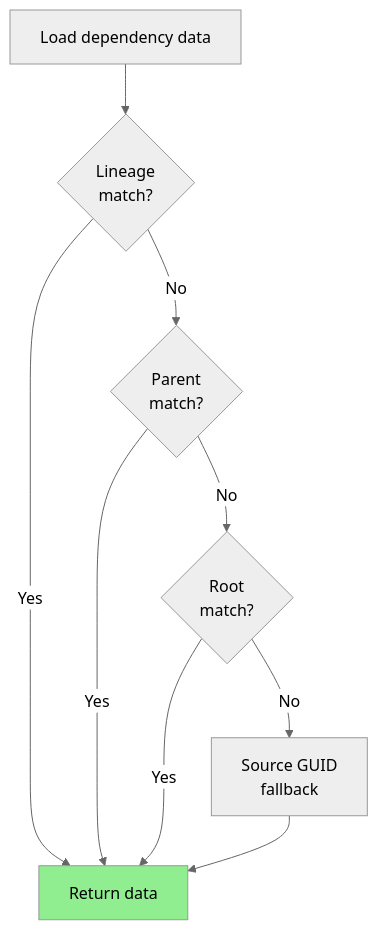
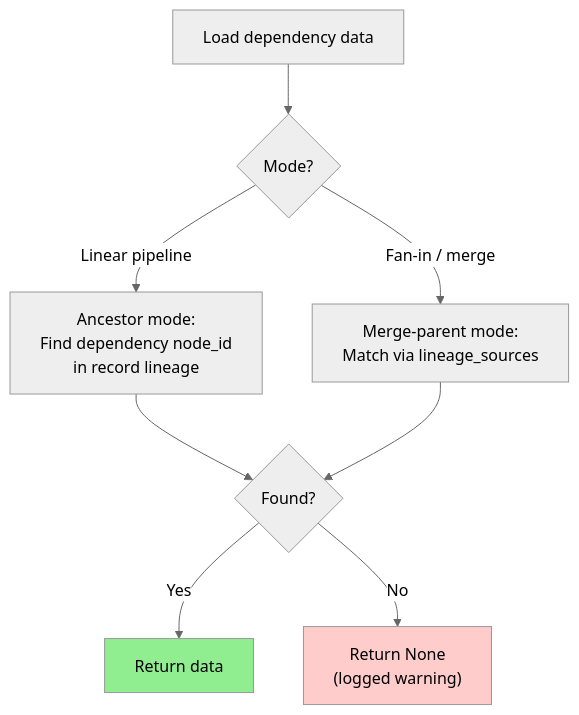
Before and after one commit to Muizzkolapo/agent-actions: the third of 3 diagrams in agent_actions/skills/agent-actions-workflow/references/action-anatomy.md, drawn with Mermaid (neutral theme). The commit also changed other lines of this file and 9 other files, not shown here.

````diff
--- a/agent_actions/skills/agent-actions-workflow/references/action-anatomy.md
+++ b/agent_actions/skills/agent-actions-workflow/references/action-anatomy.md
@@ -304,13 +304,13 @@
 ```mermaid
 flowchart TD
-    Start["Load dependency data"] --> L{"Lineage<br/>match?"}
-    L -->|Yes| Done["Return data"]
-    L -->|No| P{"Parent<br/>match?"}
-    P -->|Yes| Done
-    P -->|No| R{"Root<br/>match?"}
-    R -->|Yes| Done
-    R -->|No| S["Source GUID<br/>fallback"]
-    S --> Done
+    Start["Load dependency data"] --> M{"Mode?"}
+    M -->|Linear pipeline| A["Ancestor mode:<br/>Find dependency node_id<br/>in record lineage"]
+    M -->|Fan-in / merge| B["Merge-parent mode:<br/>Match via lineage_sources"]
+    A --> F{"Found?"}
+    B --> F
+    F -->|Yes| Done["Return data"]
+    F -->|No| None["Return None<br/>(logged warning)"]
 
     style Done fill:#90EE90
+    style None fill:#ffcccc
 ```
````
